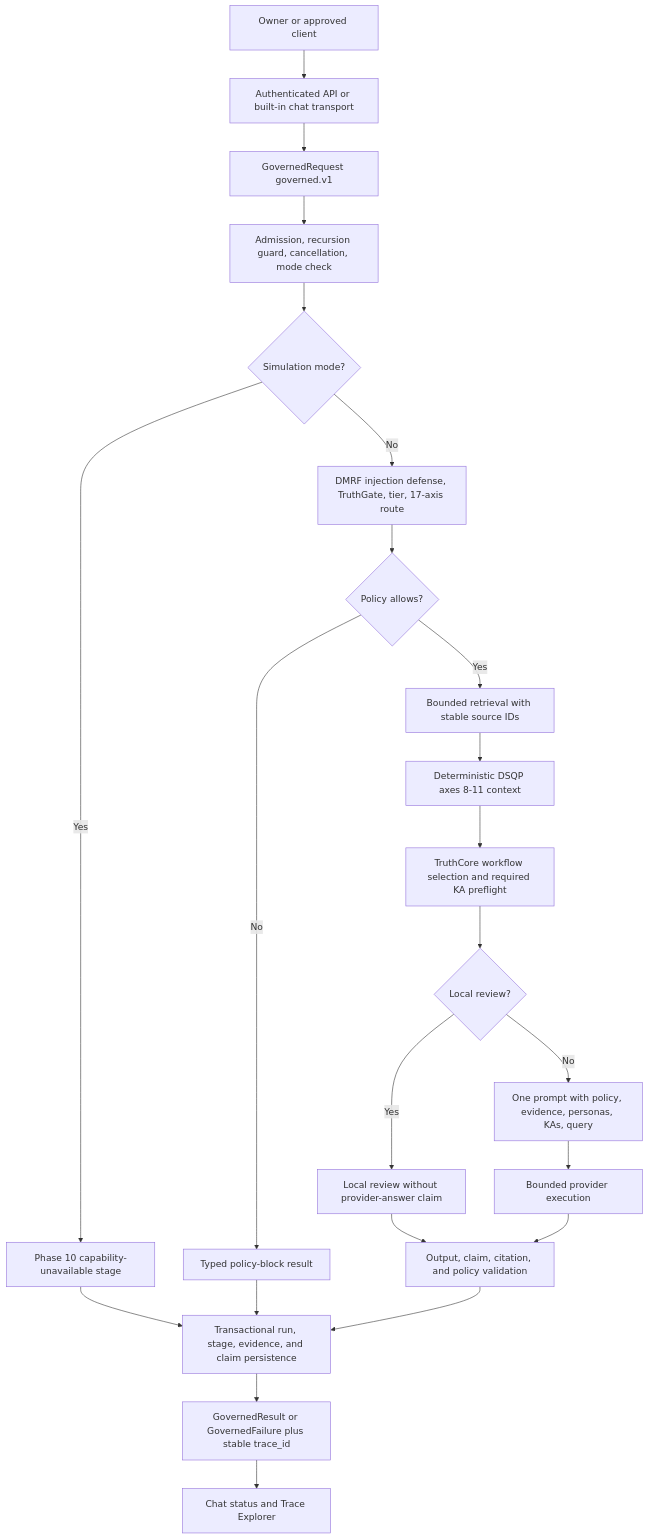
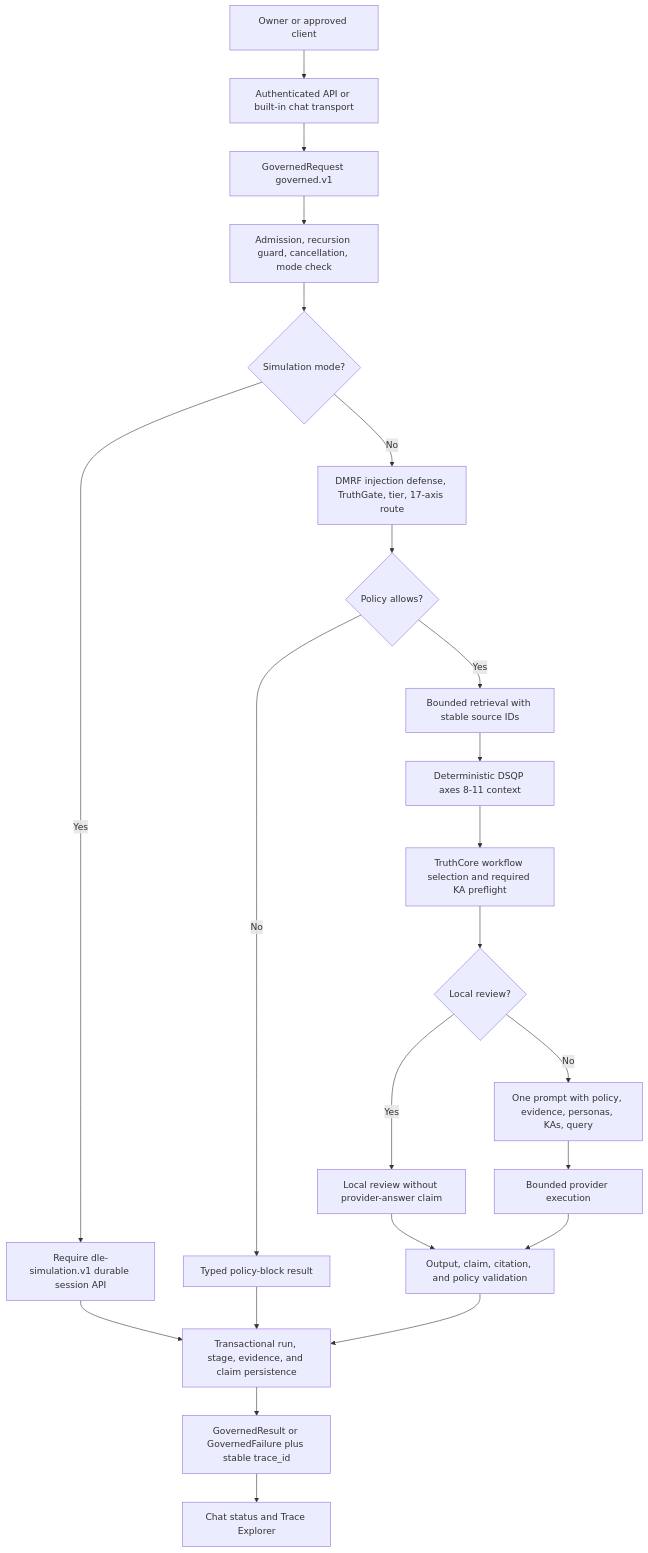
Before and after one commit to kherrera6219/DataLogicEngine: the first of 3 diagrams in docs/diagrams/12_end_to_end_request_lifecycle.md, drawn with Mermaid. The commit also changed other lines of this file and 66 other files, not shown here.

Commit message:
Complete Phase 10 durable simulation workflow

````diff
--- a/docs/diagrams/12_end_to_end_request_lifecycle.md
+++ b/docs/diagrams/12_end_to_end_request_lifecycle.md
@@ -36,25 +36,25 @@
 ```mermaid
 flowchart TD
     U["Owner or approved client"] --> T["Authenticated API or built-in chat transport"]
     T --> R["GovernedRequest governed.v1"]
     R --> A["Admission, recursion guard, cancellation, mode check"]
     A --> SIM{"Simulation mode?"}
-    SIM -- Yes --> SB["Phase 10 capability-unavailable stage"]
+    SIM -- Yes --> SB["Require dle-simulation.v1 durable session API"]
     SIM -- No --> D["DMRF injection defense, TruthGate, tier, 17-axis route"]
     D --> ALLOW{"Policy allows?"}
     ALLOW -- No --> BLOCK["Typed policy-block result"]
     ALLOW -- Yes --> RET["Bounded retrieval with stable source IDs"]
     RET --> DSQP["Deterministic DSQP axes 8-11 context"]
     DSQP --> TC["TruthCore workflow selection and required KA preflight"]
     TC --> MODE{"Local review?"}
     MODE -- Yes --> LOCAL["Local review without provider-answer claim"]
     MODE -- No --> PROMPT["One prompt with policy, evidence, personas, KAs, query"]
     PROMPT --> PROVIDER["Bounded provider execution"]
     PROVIDER --> VALIDATE["Output, claim, citation, and policy validation"]
     LOCAL --> VALIDATE
     VALIDATE --> STORE["Transactional run, stage, evidence, and claim persistence"]
     SB --> STORE
     BLOCK --> STORE
     STORE --> RESULT["GovernedResult or GovernedFailure plus stable trace_id"]
     RESULT --> UI["Chat status and Trace Explorer"]
 ```
````
